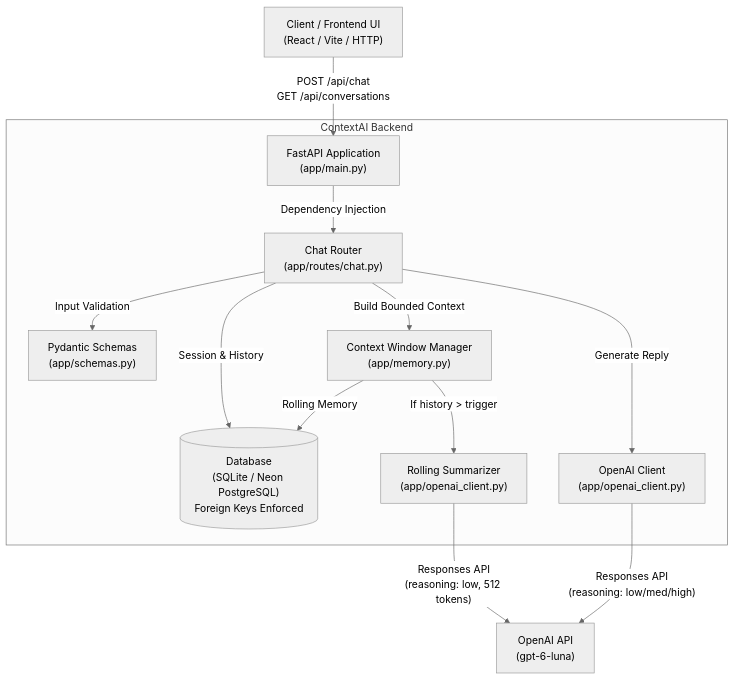
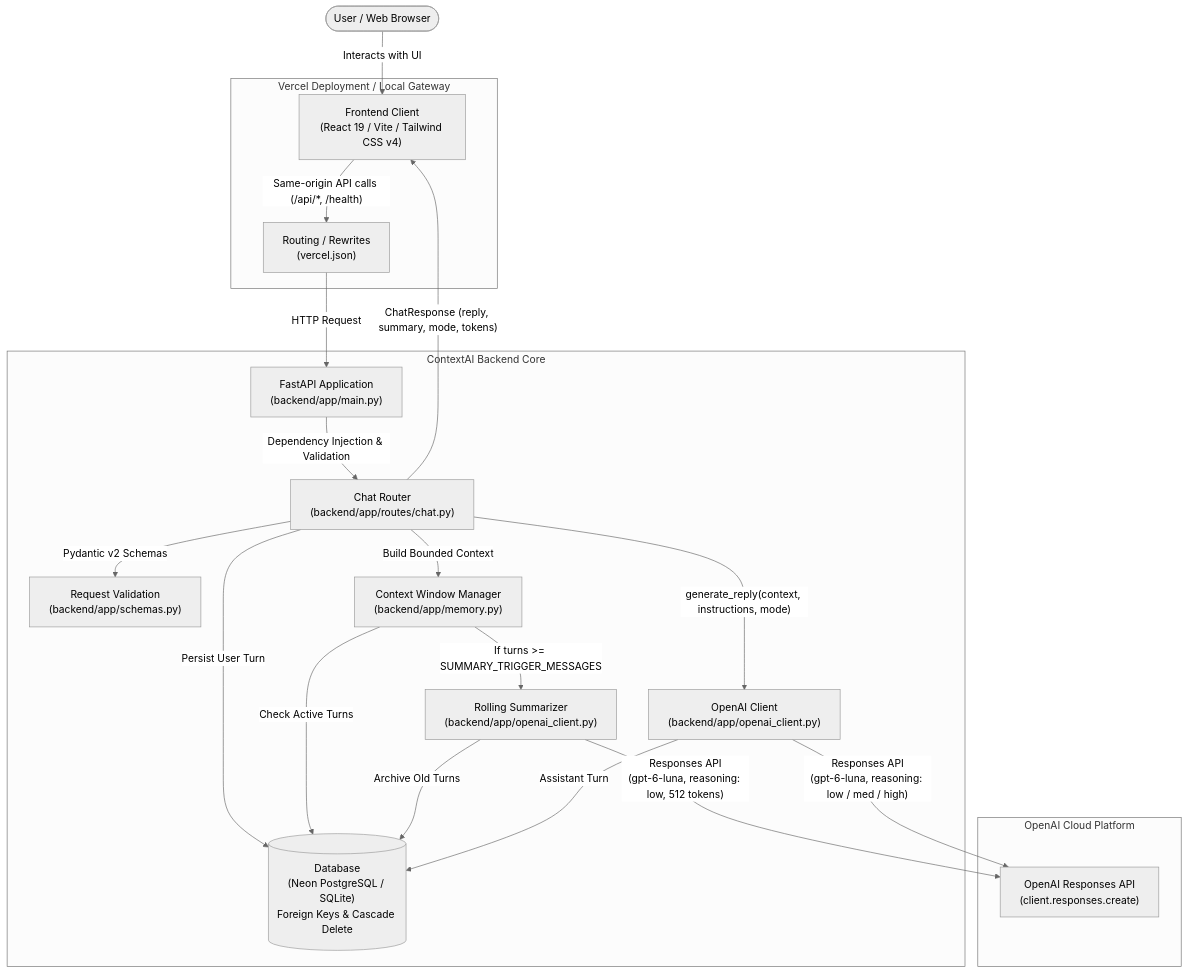
One commit to bvr4j/context-ai-chatbot changed the first of 2 diagrams in README.md. Above: the diagram before and after it, drawn with Mermaid (neutral theme). The commit also changed other lines of this file and 6 other files, not shown here.

````diff
--- a/README.md
+++ b/README.md
@@ -14,19 +13,32 @@
 ```mermaid
 flowchart TD
-    Client["Client / Frontend UI\n(React / Vite / HTTP)"] -->|"POST /api/chat\nGET /api/conversations"| FastAPI["FastAPI Application\n(app/main.py)"]
+    User(["User / Web Browser"]) -->|"Interacts with UI"| Frontend["Frontend Client\n(React 19 / Vite / Tailwind CSS v4)"]
     
-    subgraph Backend ["ContextAI Backend"]
-        FastAPI -->|"Dependency Injection"| Router["Chat Router\n(app/routes/chat.py)"]
-        Router -->|"Input Validation"| Pydantic["Pydantic Schemas\n(app/schemas.py)"]
-        Router -->|"Session & History"| SQLite[("Database\n(SQLite / Neon PostgreSQL)\nForeign Keys Enforced")]
-        
-        Router -->|"Build Bounded Context"| MemoryMgr["Context Window Manager\n(app/memory.py)"]
-        MemoryMgr -->|"Rolling Memory"| SQLite
-        MemoryMgr -->|"If history > trigger"| Summarizer["Rolling Summarizer\n(app/openai_client.py)"]
-        
-        Router -->|"Generate Reply"| OpenAIClient["OpenAI Client\n(app/openai_client.py)"]
+    subgraph Vercel_Platform ["Vercel Deployment / Local Gateway"]
+        Frontend -->|"Same-origin API calls (/api/*, /health)"| VercelRewrites["Routing / Rewrites\n(vercel.json)"]
     end
 
-    Summarizer -->|"Responses API\n(reasoning: low, 512 tokens)"| OpenAIAPI["OpenAI API\n(gpt-6-luna)"]
-    OpenAIClient -->|"Responses API\n(reasoning: low/med/high)"| OpenAIAPI
+    VercelRewrites -->|"HTTP Request"| FastAPI["FastAPI Application\n(backend/app/main.py)"]
+
+    subgraph Backend_Core ["ContextAI Backend Core"]
+        FastAPI -->|"Dependency Injection & Validation"| ChatRouter["Chat Router\n(backend/app/routes/chat.py)"]
+        ChatRouter -->|"Pydantic v2 Schemas"| Validation["Request Validation\n(backend/app/schemas.py)"]
+        ChatRouter -->|"Persist User Turn"| Database[("Database\n(Neon PostgreSQL / SQLite)\nForeign Keys & Cascade Delete")]
+        
+        ChatRouter -->|"Build Bounded Context"| MemoryMgr["Context Window Manager\n(backend/app/memory.py)"]
+        MemoryMgr -->|"Check Active Turns"| Database
+        
+        MemoryMgr -->|"If turns >= SUMMARY_TRIGGER_MESSAGES"| RollingSummarizer["Rolling Summarizer\n(backend/app/openai_client.py)"]
+        RollingSummarizer -->|"Archive Old Turns"| Database
+        
+        ChatRouter -->|"generate_reply(context, instructions, mode)"| OpenAIClient["OpenAI Client\n(backend/app/openai_client.py)"]
+    end
+
+    subgraph OpenAI_Cloud ["OpenAI Cloud Platform"]
+        RollingSummarizer -->|"Responses API\n(gpt-6-luna, reasoning: low, 512 tokens)"| OpenAI_API["OpenAI Responses API\n(client.responses.create)"]
+        OpenAIClient -->|"Responses API\n(gpt-6-luna, reasoning: low / med / high)"| OpenAI_API
+    end
+
+    OpenAIClient -->|"Assistant Turn"| Database
+    ChatRouter -->|"ChatResponse (reply, summary, mode, tokens)"| Frontend
 ```
````
